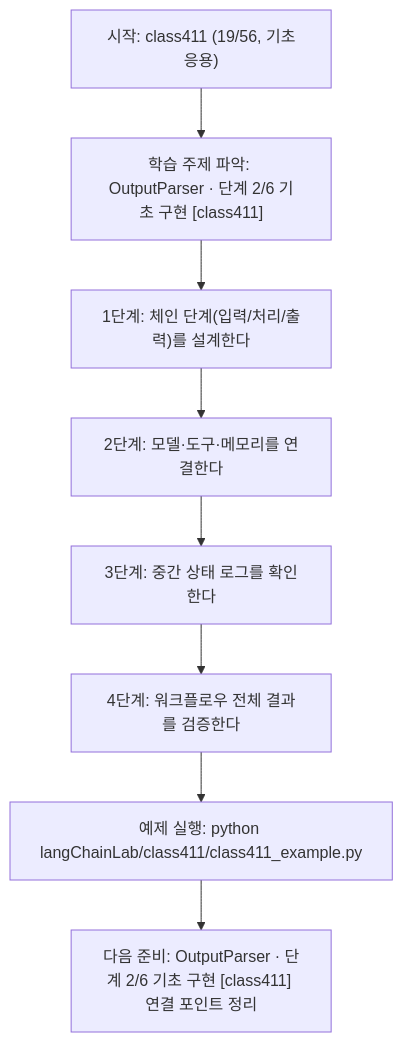
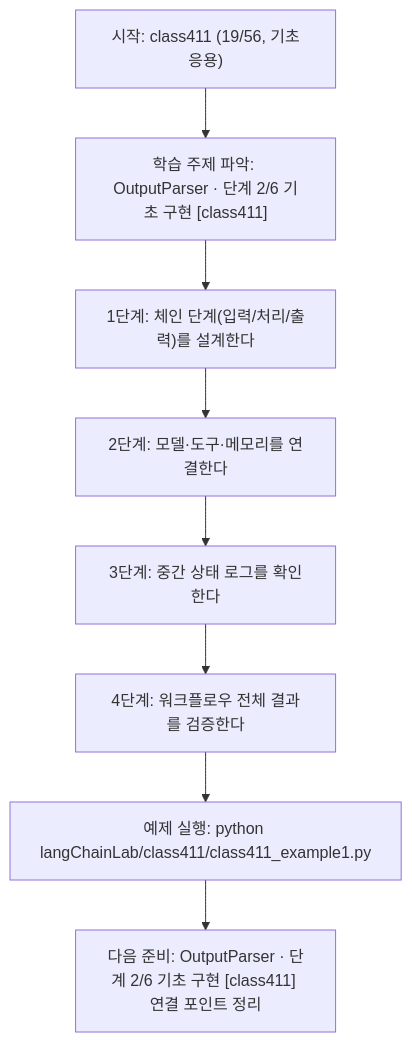
Before and after one commit to edumgt/Python-AI_Agent-Class: the diagram in langChainLab/class411/class411.md, drawn with Mermaid. The commit also changed other lines of this file and 2959 other files, not shown here.

````diff
--- a/langChainLab/class411/class411.md
+++ b/langChainLab/class411/class411.md
@@ -108,18 +108,18 @@
 ```mermaid
 flowchart TD
 N1["시작: class411 (19/56, 기초응용)"]
 N2["학습 주제 파악: OutputParser · 단계 2/6 기초 구현 [class411]"]
 N3["1단계: 체인 단계(입력/처리/출력)를 설계한다"]
 N4["2단계: 모델·도구·메모리를 연결한다"]
 N5["3단계: 중간 상태 로그를 확인한다"]
 N6["4단계: 워크플로우 전체 결과를 검증한다"]
-N7["예제 실행: python langChainLab/class411/class411_example.py"]
+N7["예제 실행: python langChainLab/class411/class411_example1.py"]
 N8["다음 준비: OutputParser · 단계 2/6 기초 구현 [class411] 연결 포인트 정리"]
 N1 --> N2
 N2 --> N3
 N3 --> N4
 N4 --> N5
 N5 --> N6
 N6 --> N7
 N7 --> N8
 ```
````
